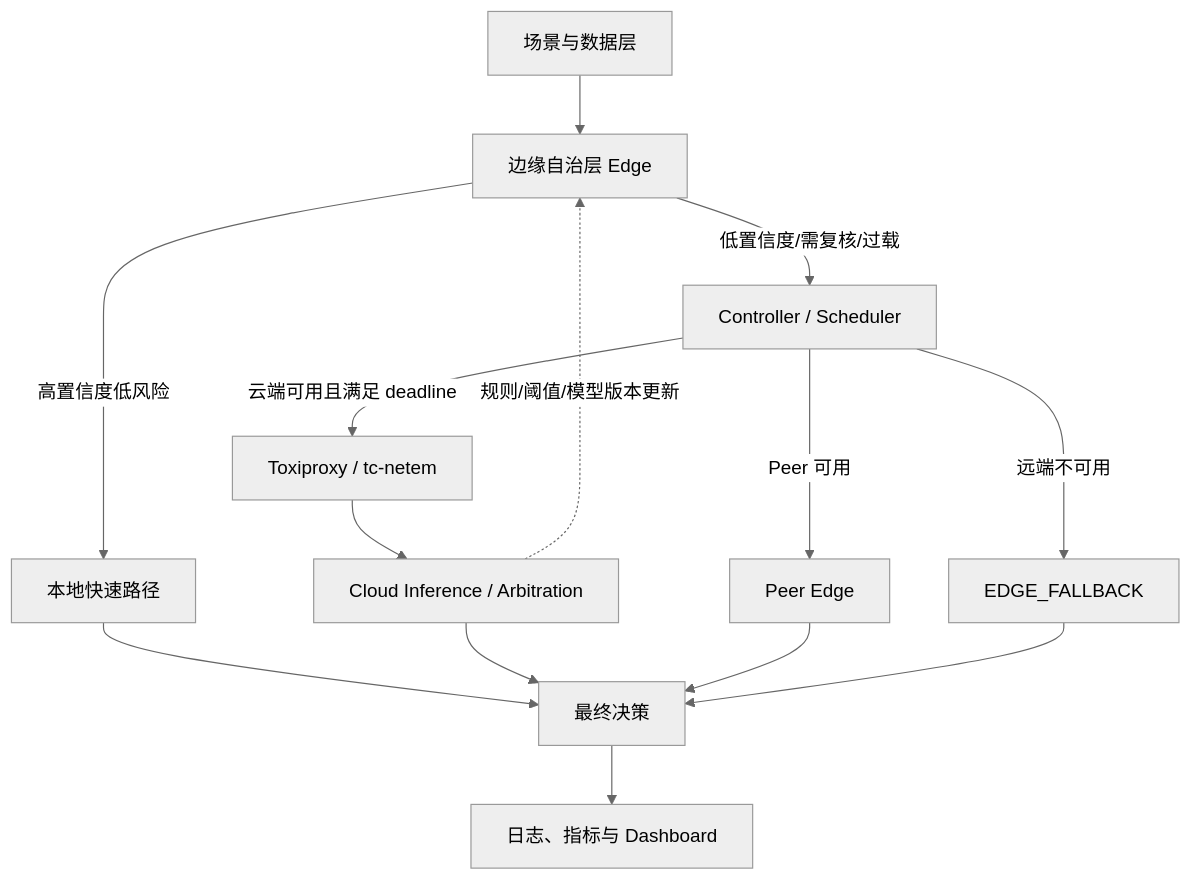
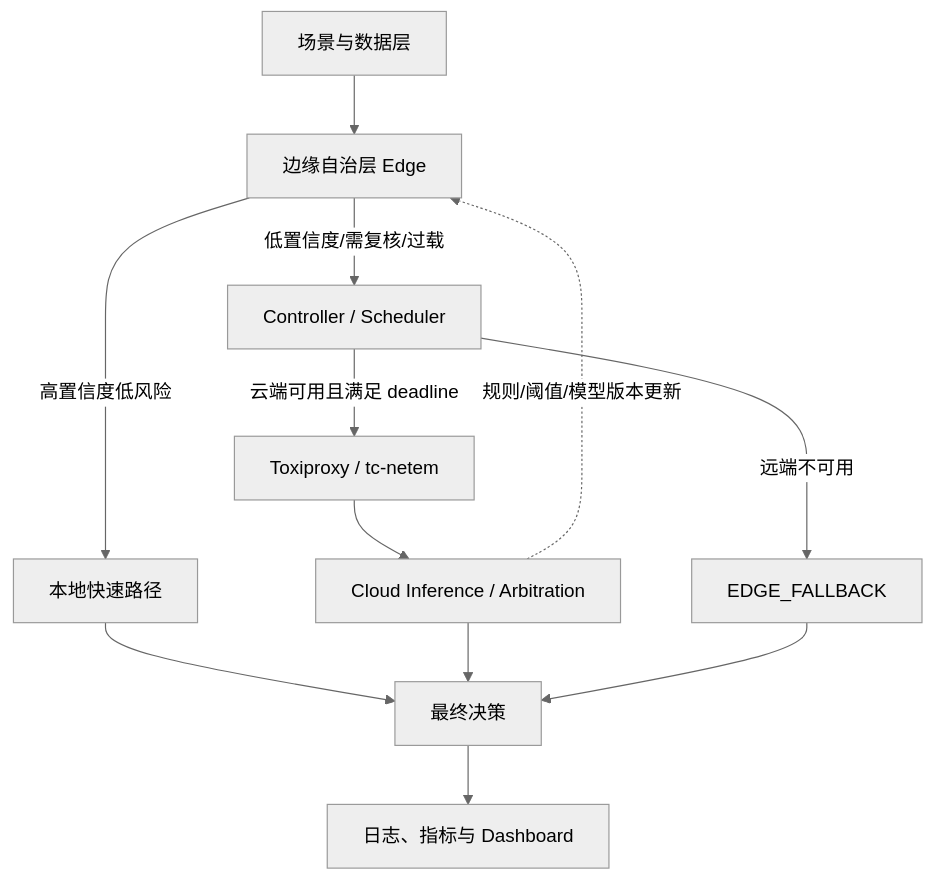
Before and after one commit to jry21223/cloud-edge-decision-system: the first of 2 diagrams in docs/SYSTEM_DESIGN.md, drawn with Mermaid (neutral theme). The commit also changed other lines of this file and 16 other files, not shown here.

````diff
--- a/docs/SYSTEM_DESIGN.md
+++ b/docs/SYSTEM_DESIGN.md
@@ -21,16 +24,14 @@
 ```mermaid
 flowchart TB
     A[场景与数据层] --> B[边缘自治层 Edge]
     B -->|高置信度低风险| C[本地快速路径]
     B -->|低置信度/需复核/过载| D[Controller / Scheduler]
     D -->|云端可用且满足 deadline| E[Toxiproxy / tc-netem]
     E --> F[Cloud Inference / Arbitration]
-    D -->|Peer 可用| G[Peer Edge]
     D -->|远端不可用| H[EDGE_FALLBACK]
     C --> I[最终决策]
     F --> I
-    G --> I
     H --> I
     I --> J[日志、指标与 Dashboard]
     F -.规则/阈值/模型版本更新.-> B
 ```
````
